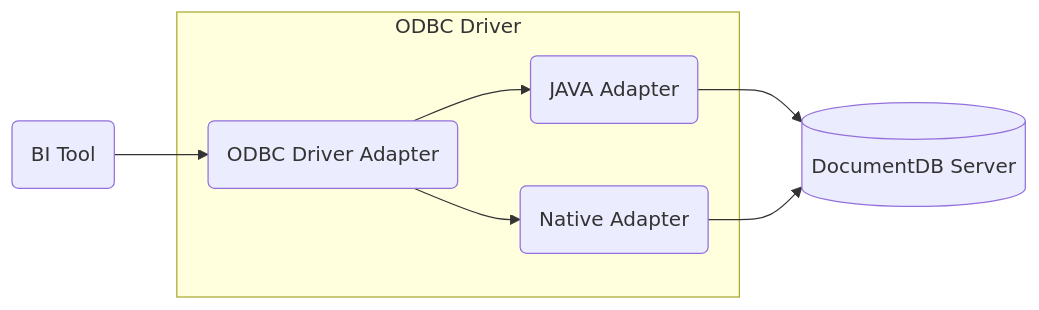
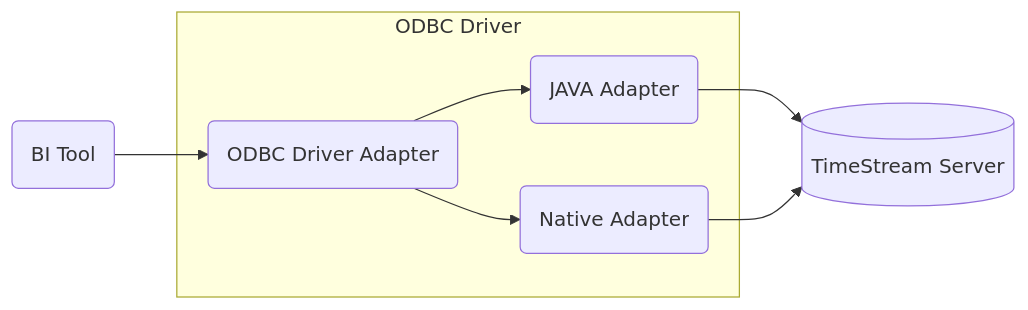
Before and after one commit to Bit-Quill/amazon-timestream-odbc-driver: the diagram in src/markdown/index.md, drawn with Mermaid. The commit also changed other lines of this file and 38 other files, not shown here.

````diff
--- a/src/markdown/index.md
+++ b/src/markdown/index.md
@@ -18,10 +18,10 @@
 ```mermaid
 graph LR
     A(BI Tool) --> B(ODBC Driver Adapter)
     subgraph Driver [ODBC Driver]
     B --> C(JAVA Adapter)
     B --> D(Native Adapter)
     end
-    C --> E[(DocumentDB Server)]
+    C --> E[(TimeStream Server)]
     D --> E 
 ```
````
